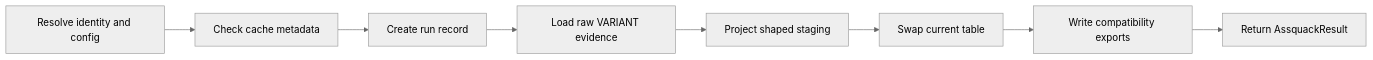
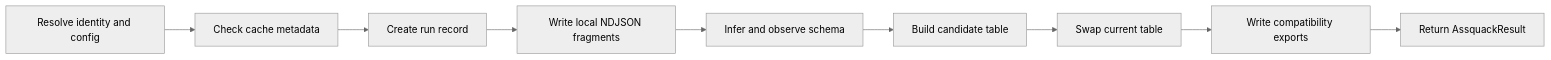
Before and after one commit to RFARQ3/assquack: the diagram in docs/materialization-lifecycle.md, drawn with Mermaid (neutral theme). The commit also changed other lines of this file and 27 other files, not shown here.

First line of the commit message:
feat(ingestion): replace VARIANT staging with NDJSON fragments

````diff
--- a/docs/materialization-lifecycle.md
+++ b/docs/materialization-lifecycle.md
@@ -14,10 +10,11 @@
 ```mermaid
 flowchart LR
   Resolve[Resolve identity and config] --> Cache[Check cache metadata]
   Cache --> Run[Create run record]
-  Run --> Raw[Load raw VARIANT evidence]
-  Raw --> Shape[Project shaped staging]
-  Shape --> Commit[Swap current table]
+  Run --> Capture[Write local NDJSON fragments]
+  Capture --> Infer[Infer and observe schema]
+  Infer --> Candidate[Build candidate table]
+  Candidate --> Commit[Swap current table]
   Commit --> Export[Write compatibility exports]
   Export --> Result[Return AssquackResult]
 ```
````
